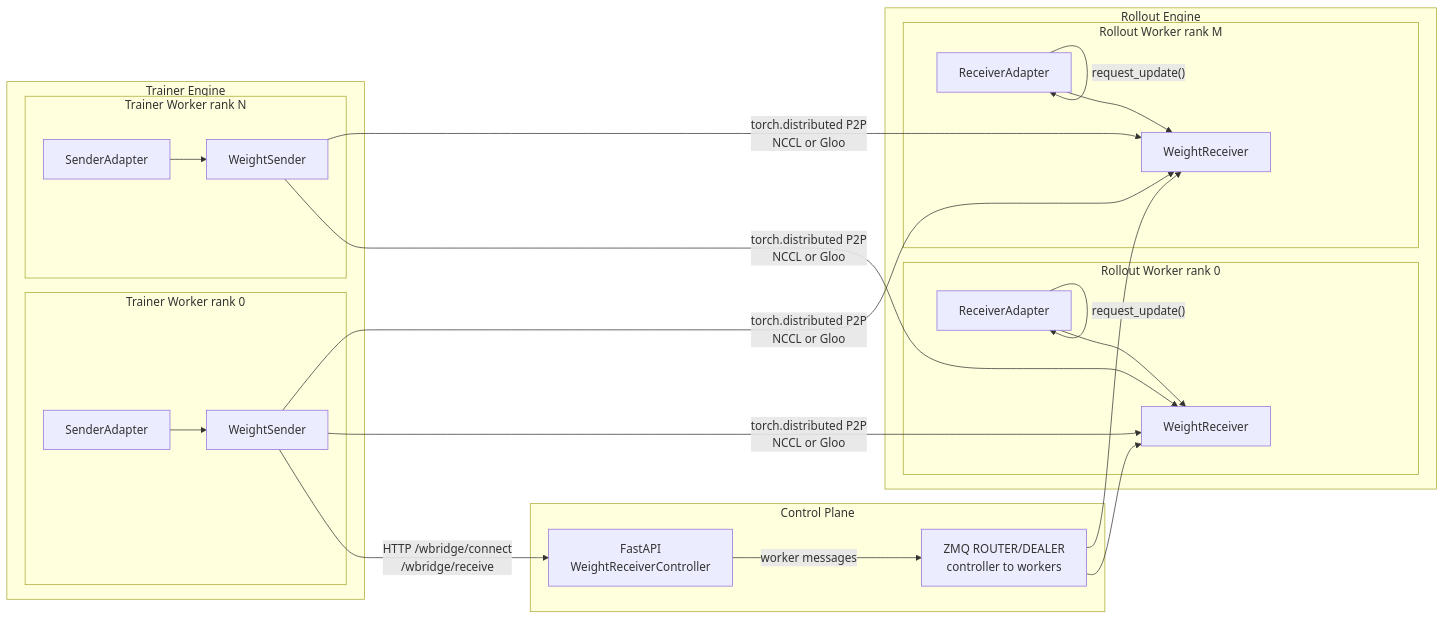
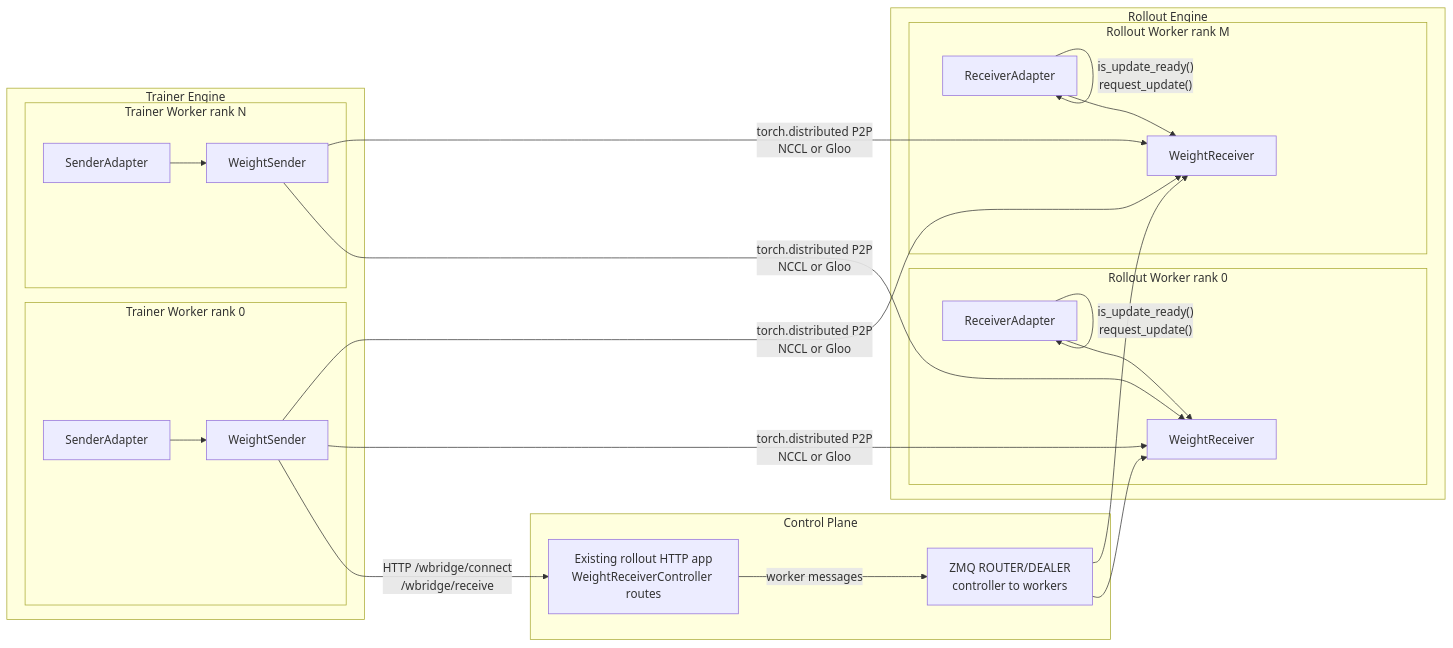
Before and after one commit to SwiftSeal03/weightbridge: the diagram in docs/architecture.md, drawn with Mermaid. The commit also changed other lines of this file and 5 other files, not shown here.

````diff
--- a/docs/architecture.md
+++ b/docs/architecture.md
@@ -9,46 +9,46 @@
 ```mermaid
 flowchart LR
     subgraph TrainerEngine["Trainer Engine"]
         subgraph TW0["Trainer Worker rank 0"]
             T0["SenderAdapter"]
             WS0["WeightSender"]
             T0 --> WS0
         end
 
         subgraph TWN["Trainer Worker rank N"]
             TN["SenderAdapter"]
             WSN["WeightSender"]
             TN --> WSN
         end
     end
 
     subgraph ControlPlane["Control Plane"]
-        HTTP["FastAPI<br/>WeightReceiverController"]
+        HTTP["Existing rollout HTTP app<br/>WeightReceiverController routes"]
         ZMQ["ZMQ ROUTER/DEALER<br/>controller to workers"]
     end
 
     subgraph RolloutEngine["Rollout Engine"]
         subgraph RW0["Rollout Worker rank 0"]
             R0["ReceiverAdapter"]
             WR0["WeightReceiver"]
             R0 --> WR0
         end
 
         subgraph RWM["Rollout Worker rank M"]
             RM["ReceiverAdapter"]
             WRM["WeightReceiver"]
             RM --> WRM
         end
     end
 
     WS0 -- "HTTP /wbridge/connect<br/>/wbridge/receive" --> HTTP
     HTTP -- "worker messages" --> ZMQ
     ZMQ --> WR0
     ZMQ --> WRM
     WS0 -- "torch.distributed P2P<br/>NCCL or Gloo" --> WR0
     WS0 -- "torch.distributed P2P<br/>NCCL or Gloo" --> WRM
     WSN -- "torch.distributed P2P<br/>NCCL or Gloo" --> WR0
     WSN -- "torch.distributed P2P<br/>NCCL or Gloo" --> WRM
-    R0 -- "request_update()" --> R0
-    RM -- "request_update()" --> RM
+    R0 -- "is_update_ready()<br/>request_update()" --> R0
+    RM -- "is_update_ready()<br/>request_update()" --> RM
 ```
````
